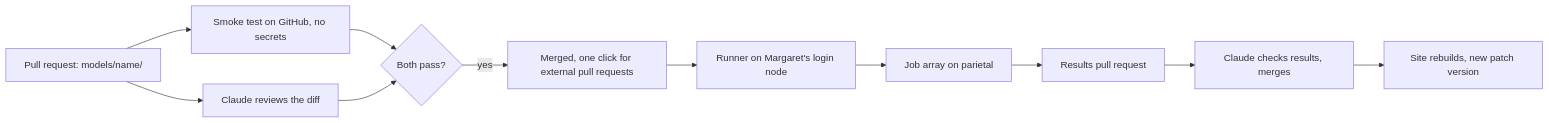
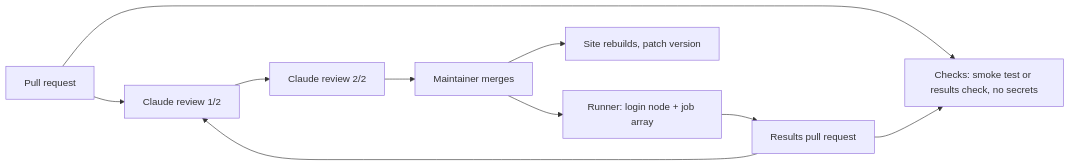
The diagram in docs/automation.md (gblayer/strable-leaderboard), drawn with Mermaid before and after one commit. The commit also changed other lines of this file and 25 other files, not shown here.

First line of the commit message:
Simplify the board and the submission funnel; Claude reviews twice, maintainer merges

````diff
--- a/docs/automation.md
+++ b/docs/automation.md
@@ -5,13 +3,12 @@
 ```mermaid
 flowchart LR
-  A[Pull request: models/name/] --> B[Smoke test on GitHub, no secrets]
-  A --> C[Claude reviews the diff]
-  B --> D{Both pass?}
-  C --> D
-  D -- yes --> E[Merged, one click for external pull requests]
-  E --> F[Runner on Margaret's login node]
-  F --> G[Job array on parietal]
-  G --> H[Results pull request]
-  H --> I[Claude checks results, merges]
-  I --> J[Site rebuilds, new patch version]
+  A[Pull request] --> B[Checks: smoke test or results check, no secrets]
+  A --> C[Claude review 1/2]
+  C --> D[Claude review 2/2]
+  D --> E[Maintainer merges]
+  E --> F[Runner: login node + job array]
+  F --> G[Results pull request]
+  G --> B
+  G --> C
+  E --> H[Site rebuilds, patch version]
 ```
````
